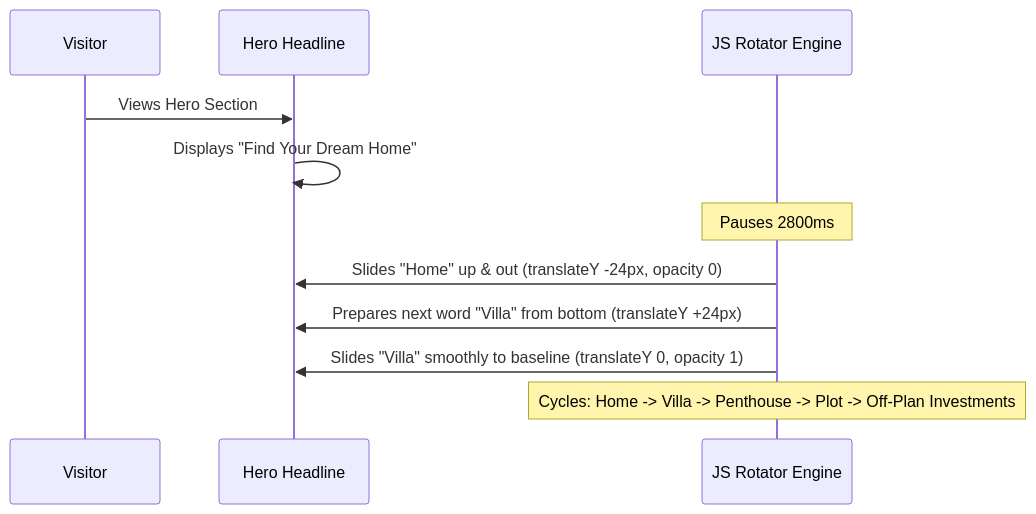
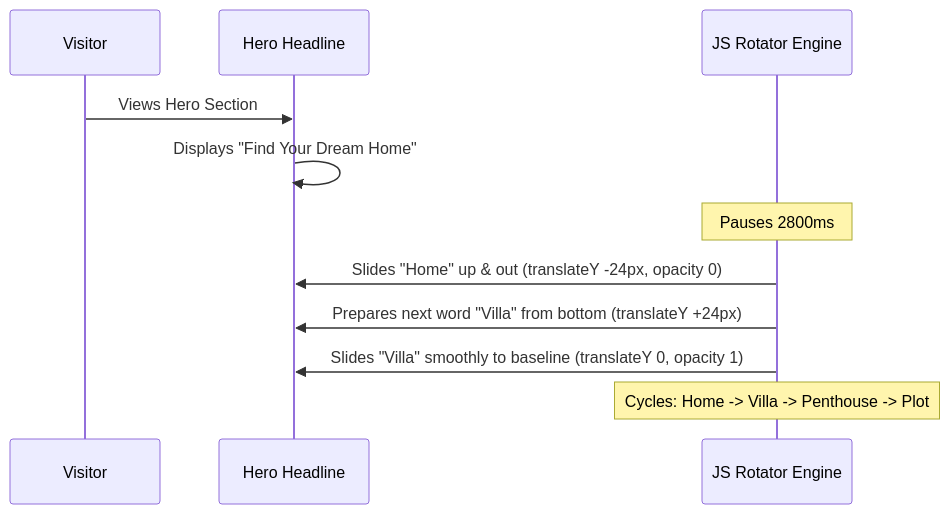
Before and after one commit to manu-gitxen/vwd_real_estate: the second of 2 diagrams in docs/blueprint.md, drawn with Mermaid. The commit also changed other lines of this file and 1 other file, not shown here.

Commit message:
fix: remove Off-Plan Investments from hero rotator to maintain clean single-line headline

````diff
--- a/docs/blueprint.md
+++ b/docs/blueprint.md
@@ -96,13 +96,13 @@
 ```mermaid
 sequenceDiagram
     participant User as Visitor
     participant Hero as Hero Headline
     participant Rotator as JS Rotator Engine
     User->>Hero: Views Hero Section
     Hero->>Hero: Displays "Find Your Dream Home"
     Note over Rotator: Pauses 2800ms
     Rotator->>Hero: Slides "Home" up & out (translateY -24px, opacity 0)
     Rotator->>Hero: Prepares next word "Villa" from bottom (translateY +24px)
     Rotator->>Hero: Slides "Villa" smoothly to baseline (translateY 0, opacity 1)
-    Note over Rotator: Cycles: Home -> Villa -> Penthouse -> Plot -> Off-Plan Investments
+    Note over Rotator: Cycles: Home -> Villa -> Penthouse -> Plot
 ```
````
